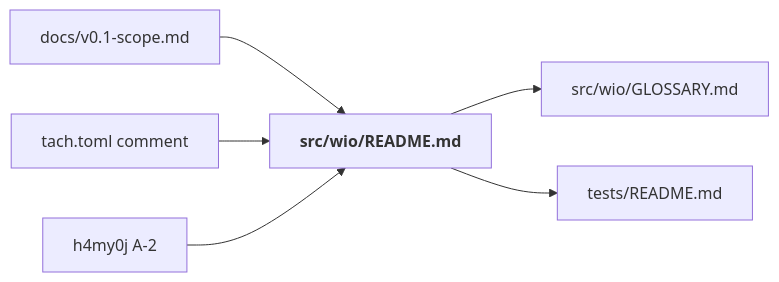
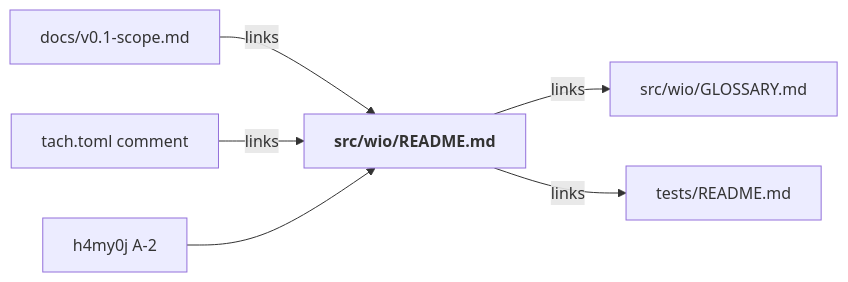
The second of 2 diagrams in .agents/wio/works/promote-architecture/README.md (msitarz/wio), drawn with Mermaid before and after one commit. The commit also changed other lines of this file, not shown here.

First line of the commit message:
docs: address the first contract review of promote-architecture

````diff
--- a/.agents/wio/works/promote-architecture/README.md
+++ b/.agents/wio/works/promote-architecture/README.md
@@ -110,8 +117,8 @@
 ```mermaid
 flowchart LR
-    scope["docs/v0.1-scope.md"] --> readme["<b>src/wio/README.md</b>"]
-    tach["tach.toml comment"] --> readme
+    scope["docs/v0.1-scope.md"] -- "links" --> readme["<b>src/wio/README.md</b>"]
+    tach["tach.toml comment"] -- "links" --> readme
     errors["h4my0j A-2"] --> readme
-    readme --> glossary["src/wio/GLOSSARY.md"]
-    readme --> tests["tests/README.md"]
+    readme -- "links" --> glossary["src/wio/GLOSSARY.md"]
+    readme -- "links" --> tests["tests/README.md"]
 ```
````
